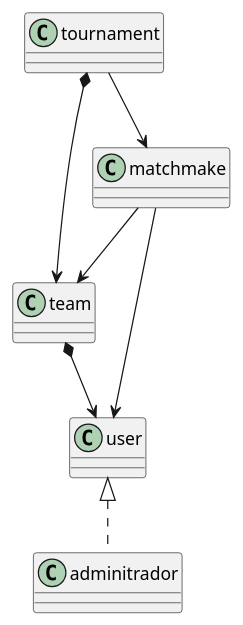
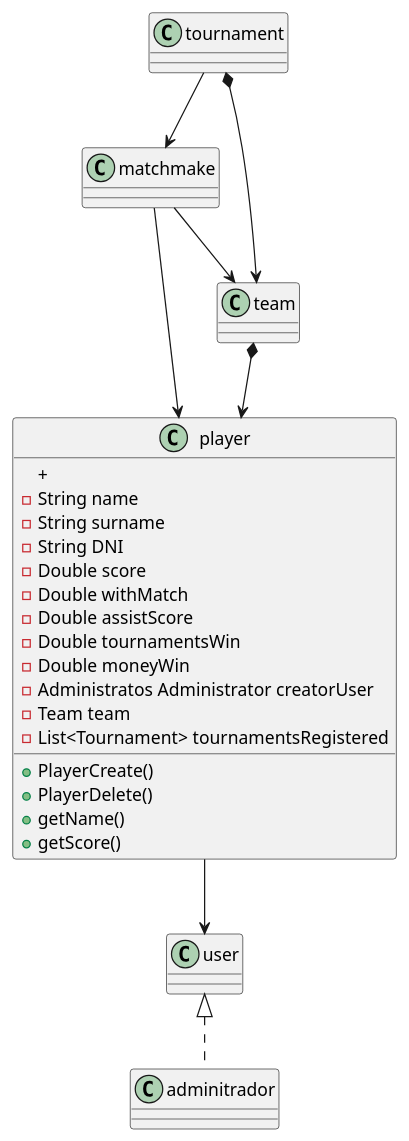
The diagram in src/Class Diagram.puml (CarrotAsh/SportsManagement), drawn with PlantUML before and after one commit.

```diff
--- a/src/Class Diagram.puml
+++ b/src/Class Diagram.puml
@@ -1,16 +1,55 @@
 @startuml
 
-class tournament
-class matchmake
-class team
-class user
-class adminitrador
+class tournament{
+
+
+}
+
+class player{
+   + PlayerCreate()
+   + PlayerDelete()
+   + getName()
+   + getScore()
+   +
+   - String name
+   - String surname
+   - String DNI
+   - Double score
+   - Double withMatch
+   - Double assistScore
+   - Double tournamentsWin
+   - Double moneyWin
+   - Administratos Administrator creatorUser
+   - Team team
+   - List<Tournament> tournamentsRegistered
+}
+
+class matchmake{
+
+
+}
+
+class team{
+
+
+}
+
+class user{
+
+
+}
+
+class adminitrador{
+
+
+}
 
 tournament *-down-> team
-team *-down-> user
-user <|.down. adminitrador
+team *-down-> player
+player -down-> user
 tournament -down-> matchmake
 matchmake -down-> team
-matchmake -down-> user
+matchmake -down-> player
+user <|.down. adminitrador
 
 @enduml
```
